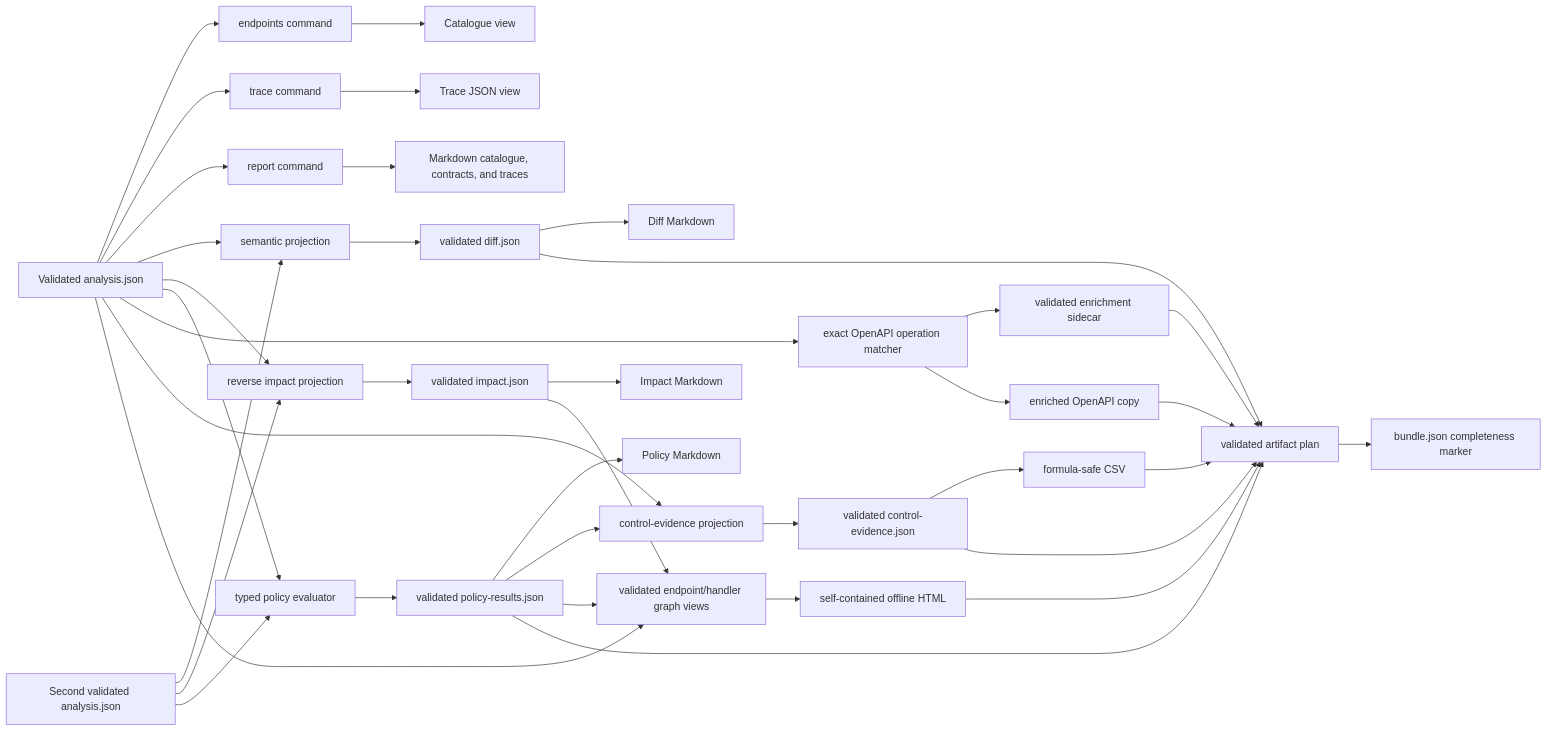
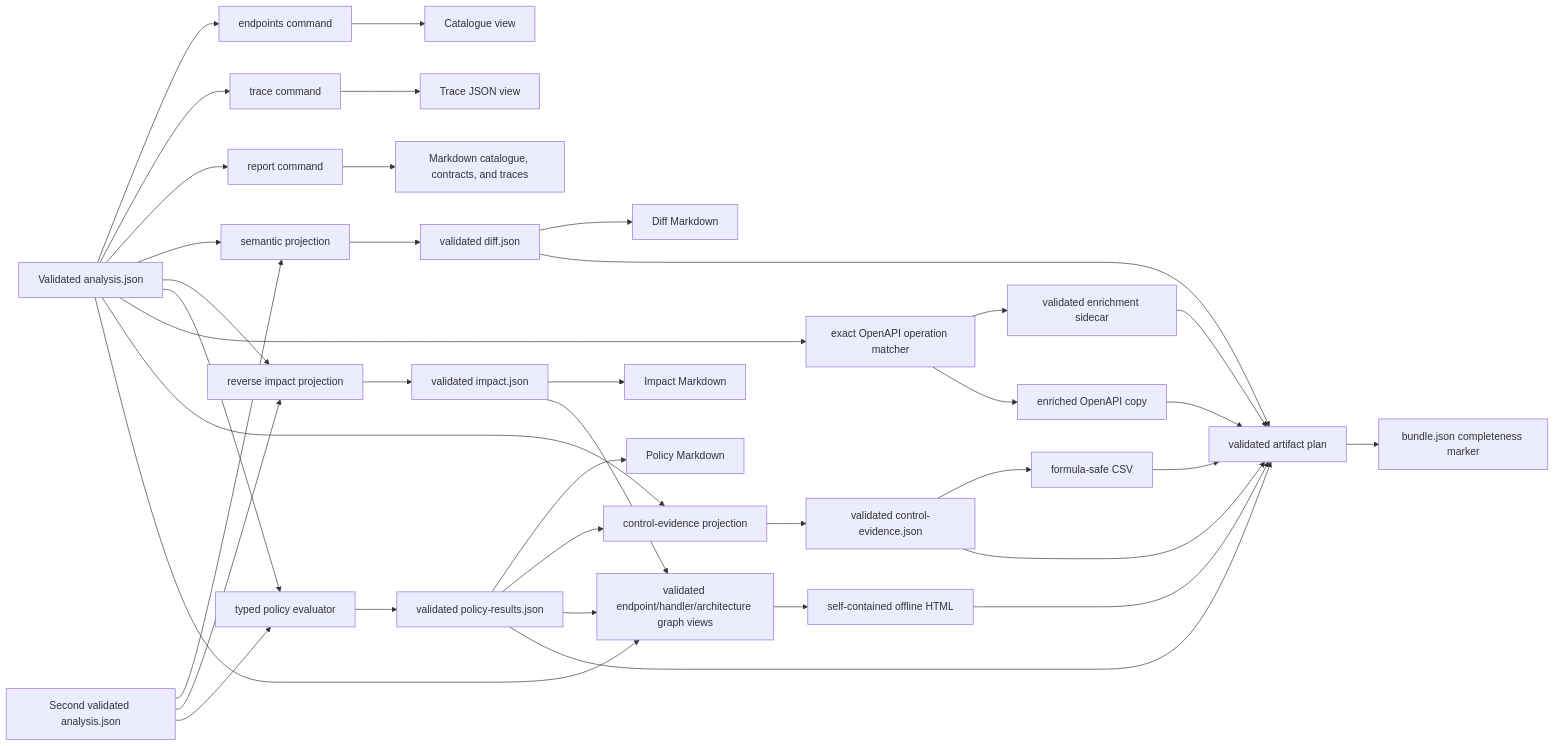
The second of 3 diagrams in docs/architecture.md (fakrulauzaie/nestjs-api-intelligence-engine), drawn with Mermaid before and after one commit. The commit also changed other lines of this file and 107 other files, not shown here.

````diff
--- a/docs/architecture.md
+++ b/docs/architecture.md
@@ -103,40 +111,40 @@
 ```mermaid
 flowchart LR
   A["Validated analysis.json"] --> E["endpoints command"]
   A --> T["trace command"]
   A --> R["report command"]
   A --> D["semantic projection"]
   B["Second validated analysis.json"] --> D
   E --> C["Catalogue view"]
   T --> J["Trace JSON view"]
   R --> M["Markdown catalogue, contracts, and traces"]
   D --> V["validated diff.json"]
   V --> DM["Diff Markdown"]
   A --> I["reverse impact projection"]
   B --> I
   I --> IV["validated impact.json"]
   IV --> IM["Impact Markdown"]
   A --> P["typed policy evaluator"]
   B --> P
   P --> PV["validated policy-results.json"]
   PV --> PM["Policy Markdown"]
   A --> O["exact OpenAPI operation matcher"]
   O --> OS["validated enrichment sidecar"]
   O --> OE["enriched OpenAPI copy"]
   A --> CE["control-evidence projection"]
   PV --> CE
   CE --> CJ["validated control-evidence.json"]
   CJ --> CC["formula-safe CSV"]
-  A --> GV["validated endpoint/handler graph views"]
+  A --> GV["validated endpoint/handler/architecture graph views"]
   PV --> GV
   IV --> GV
   GV --> GH["self-contained offline HTML"]
   V --> AP["validated artifact plan"]
   PV --> AP
   OS --> AP
   OE --> AP
   CJ --> AP
   CC --> AP
   GH --> AP
   AP --> BM["bundle.json completeness marker"]
 ```
````
